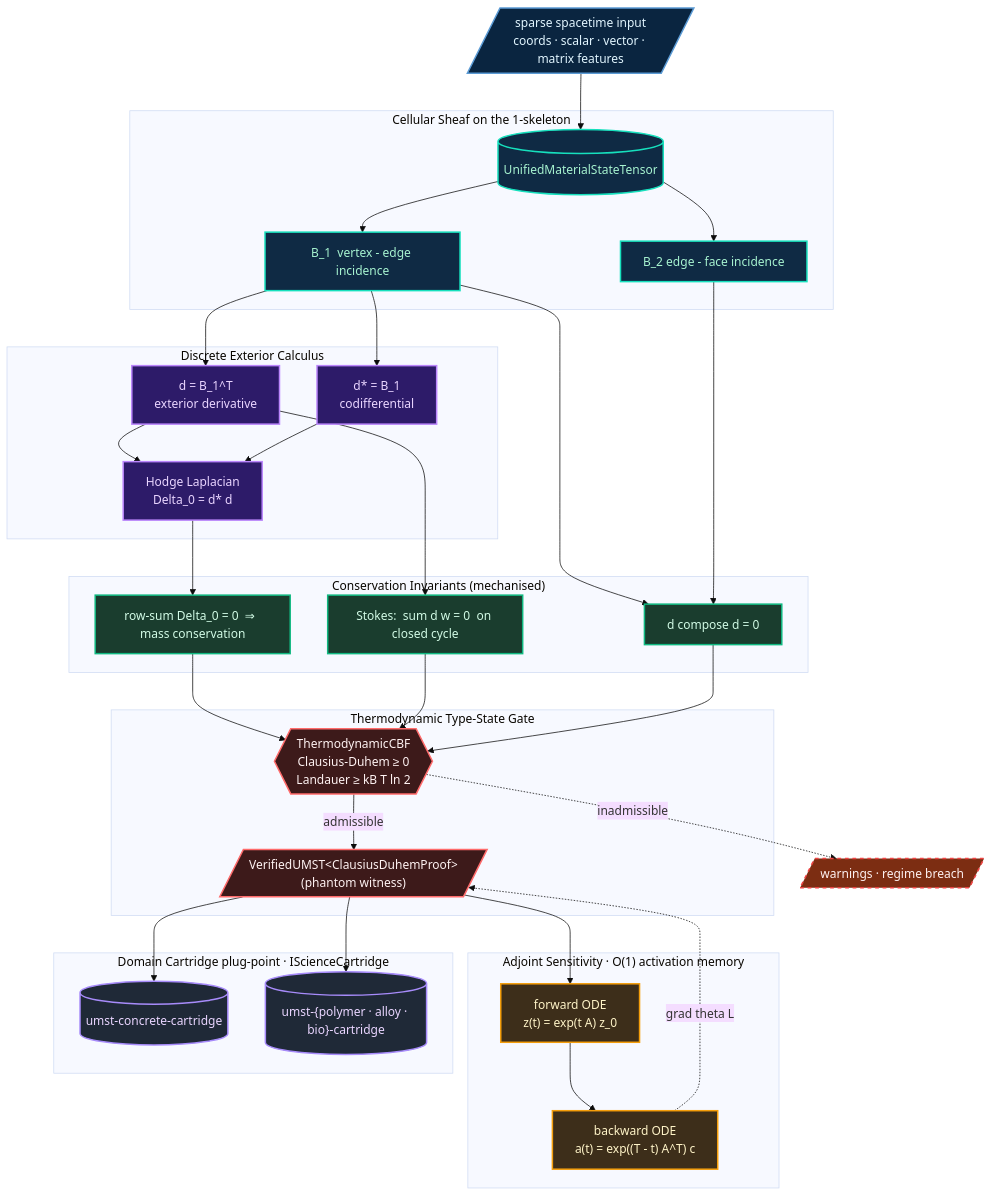
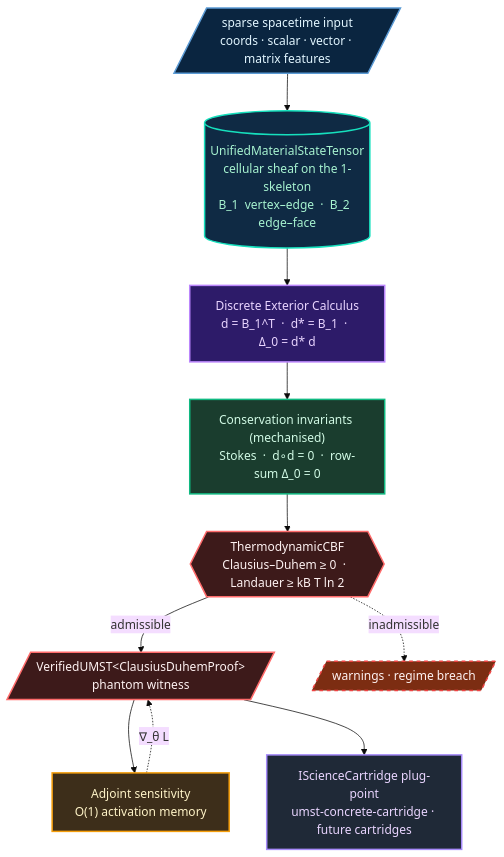
Before and after one commit to tytolabs/umst-manifold: the diagram in README.md, drawn with Mermaid (base theme).

Commit message:
docs(readme): tighten diagram for narrow-viewport readability
Replaces the 6-subgraph TB layout with a single-trunk flowchart TD of
10 compact nodes. Same architectural story (sparse spacetime → cellular
sheaf → DEC → conservation invariants → thermodynamic gate → adjoint →
domain cartridge plug-point), now readable on mobile and side-by-side
viewers without horizontal scroll.

````diff
--- a/README.md
+++ b/README.md
@@ -38,82 +38,40 @@
 ```mermaid
-flowchart TB
-    Mix[/"sparse spacetime input<br/>coords · scalar · vector · matrix features"/]
-
-    subgraph SHEAF [" Cellular Sheaf on the 1-skeleton "]
-        UMST[("UnifiedMaterialStateTensor")]
-        B1["B_1  vertex - edge incidence"]
-        B2["B_2  edge - face incidence"]
-    end
-
-    subgraph DEC [" Discrete Exterior Calculus "]
-        d["d = B_1^T<br/>exterior derivative"]
-        ds["d* = B_1<br/>codifferential"]
-        Lap["Hodge Laplacian<br/>Delta_0 = d* d"]
-    end
-
-    subgraph INV [" Conservation Invariants  (mechanised) "]
-        Stokes["Stokes:  sum d w = 0  on closed cycle"]
-        ZeroSq["d compose d = 0"]
-        MassC["row-sum Delta_0 = 0  ⇒  mass conservation"]
-    end
-
-    subgraph GATE [" Thermodynamic Type-State Gate "]
-        CBF{{"ThermodynamicCBF<br/>Clausius-Duhem ≥ 0<br/>Landauer ≥ kB T ln 2"}}
-        Verif[/"VerifiedUMST&lt;ClausiusDuhemProof&gt;<br/>(phantom witness)"/]
-    end
-
-    subgraph ADJ [" Adjoint Sensitivity  ·  O(1) activation memory "]
-        Fw["forward ODE<br/>z(t) = exp(t A) z_0"]
-        Bw["backward ODE<br/>a(t) = exp((T - t) A^T) c"]
-    end
-
-    subgraph PLUG [" Domain Cartridge plug-point  ·  IScienceCartridge "]
-        Concrete[("umst-concrete-cartridge")]
-        Future[("umst-{polymer · alloy · bio}-cartridge")]
-    end
-
+flowchart TD
+    Input[/"sparse spacetime input<br/>coords · scalar · vector · matrix features"/]
+    Sheaf[("UnifiedMaterialStateTensor<br/>cellular sheaf on the 1-skeleton<br/>B_1  vertex–edge  ·  B_2  edge–face")]
+    DEC["Discrete Exterior Calculus<br/>d = B_1^T  ·  d* = B_1  ·  Δ_0 = d* d"]
+    Inv["Conservation invariants (mechanised)<br/>Stokes  ·  d∘d = 0  ·  row-sum Δ_0 = 0"]
+    Gate{{"ThermodynamicCBF<br/>Clausius–Duhem ≥ 0  ·  Landauer ≥ kB T ln 2"}}
+    Verified[/"VerifiedUMST&lt;ClausiusDuhemProof&gt;<br/>phantom witness"/]
+    Adjoint["Adjoint sensitivity<br/>O(1) activation memory"]
+    Plug["IScienceCartridge plug-point<br/>umst-concrete-cartridge · future cartridges"]
     Reject[/"warnings · regime breach"/]
 
-    Mix --> UMST
-    UMST --> B1
-    UMST --> B2
-    B1 --> d
-    B1 --> ds
-    d --> Lap
-    ds --> Lap
-    B1 --> ZeroSq
-    B2 --> ZeroSq
-    Lap --> MassC
-    d --> Stokes
-
-    MassC --> CBF
-    Stokes --> CBF
-    ZeroSq --> CBF
-    CBF -->|admissible| Verif
-    CBF -.->|inadmissible| Reject
-
-    Verif --> Fw
-    Fw --> Bw
-    Bw -.->|grad theta L| Verif
-
-    Verif --> Concrete
-    Verif --> Future
+    Input --> Sheaf
+    Sheaf --> DEC
+    DEC --> Inv
+    Inv --> Gate
+    Gate -->|admissible| Verified
+    Gate -.->|inadmissible| Reject
+    Verified --> Adjoint
+    Adjoint -.->|∇_θ L| Verified
+    Verified --> Plug
 
     classDef input fill:#0a2540,stroke:#5b9bd5,stroke-width:2px,color:#e1f5fe
     classDef topo fill:#0f2a44,stroke:#16e0bd,stroke-width:2px,color:#a7f3d0
     classDef dec fill:#2d1b69,stroke:#bb86fc,stroke-width:2px,color:#e9d5ff
     classDef inv fill:#1a3d2e,stroke:#10b981,stroke-width:2px,color:#d1fae5
     classDef gate fill:#3d1a1a,stroke:#ff6b6b,stroke-width:2px,color:#fef2f2
     classDef adj fill:#3d2e1a,stroke:#f59e0b,stroke-width:2px,color:#fef3c7
     classDef plug fill:#1f2937,stroke:#a78bfa,stroke-width:2px,color:#e9d5ff
     classDef warn fill:#7c2d12,stroke:#ef4444,stroke-width:2px,color:#fef2f2,stroke-dasharray: 5 5
 
-    class Mix input
-    class UMST,B1,B2 topo
-    class d,ds,Lap dec
-    class Stokes,ZeroSq,MassC inv
-    class CBF,Verif gate
-    class Fw,Bw adj
-    class Concrete,Future plug
+    class Input input
+    class Sheaf topo
+    class DEC dec
+    class Inv inv
+    class Gate,Verified gate
+    class Adjoint adj
+    class Plug plug
     class Reject warn
 ```
````
